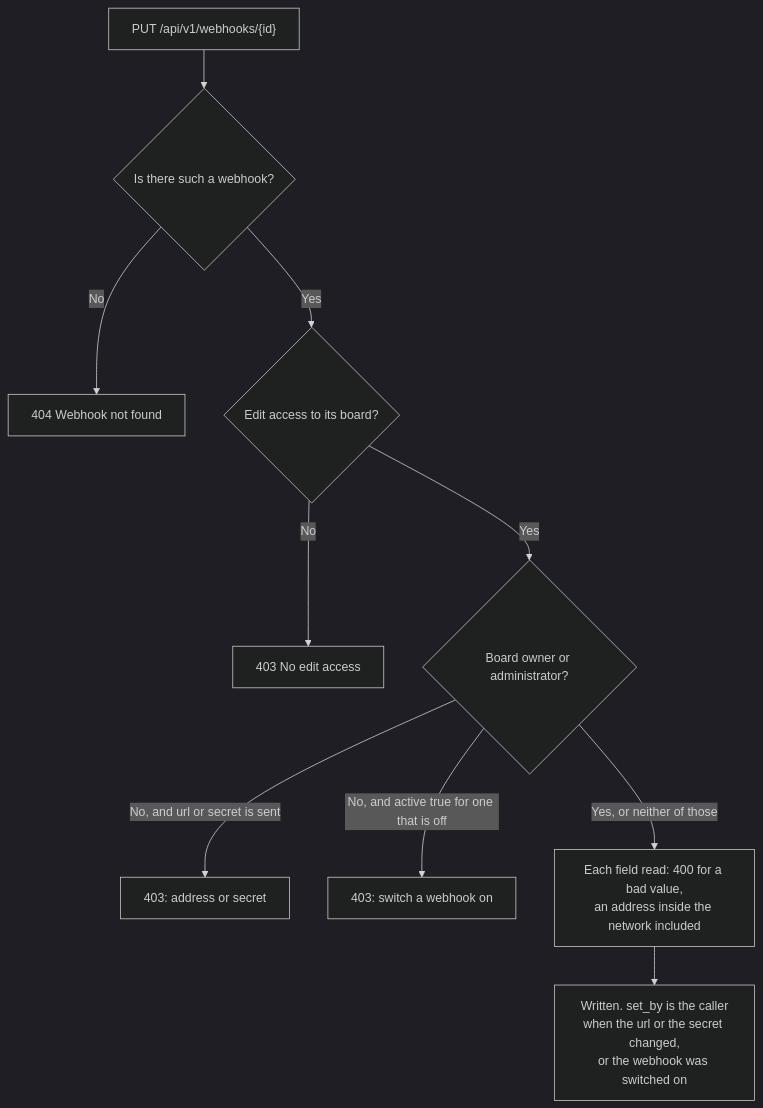
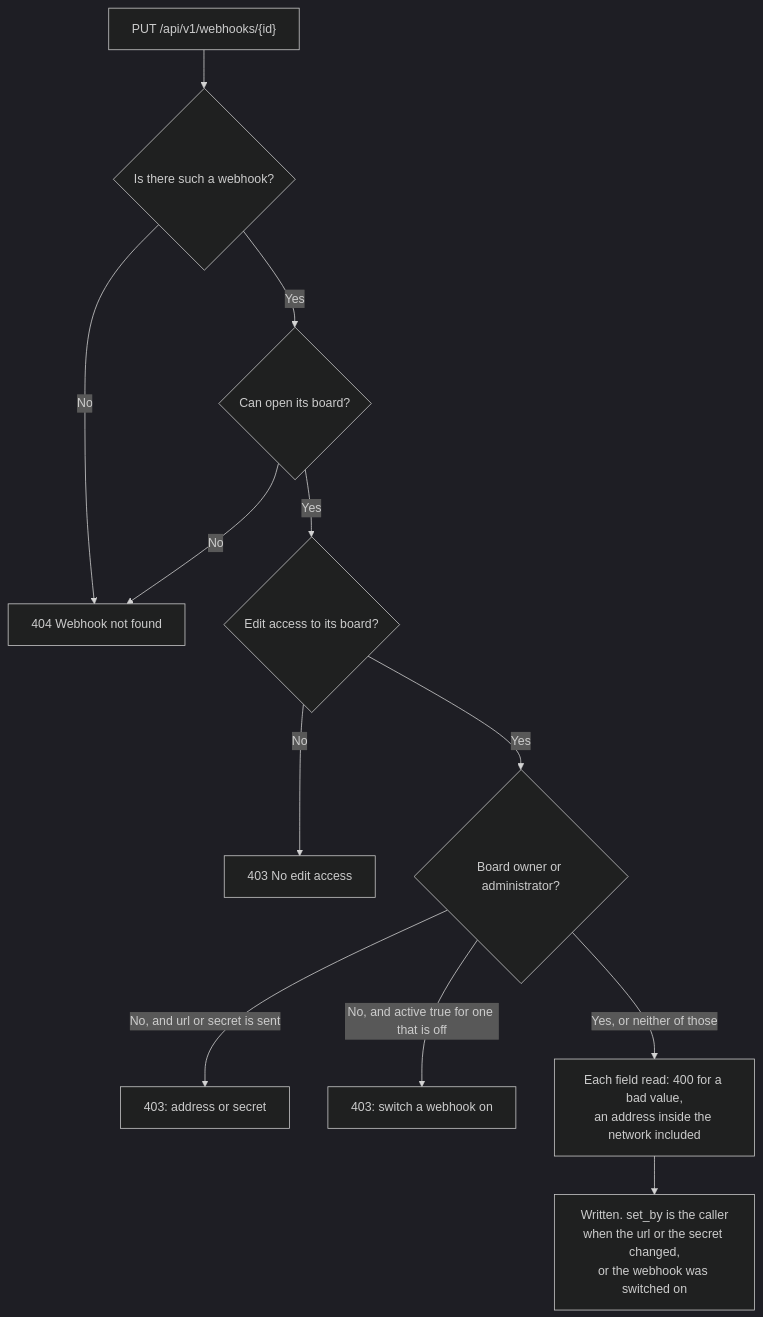
Before and after one commit to gitBoon/DumpFire: diagram 33 of 42 in docs/notifications-email.md, drawn with Mermaid (dark theme). The commit also changed other lines of this file and 78 other files, not shown here.

````diff
--- a/docs/notifications-email.md
+++ b/docs/notifications-email.md
@@ -2348,12 +2352,14 @@
 ```mermaid
 flowchart TD
     Put["PUT /api/v1/webhooks/{id}"] --> Found{"Is there such a webhook?"}
     Found -->|"No"| N404["404 Webhook not found"]
-    Found -->|"Yes"| Edit{"Edit access to its board?"}
+    Found -->|"Yes"| Opens{"Can open its board?"}
+    Opens -->|"No"| N404
+    Opens -->|"Yes"| Edit{"Edit access to its board?"}
     Edit -->|"No"| E403["403 No edit access"]
     Edit -->|"Yes"| Who{"Board owner or administrator?"}
     Who -->|"No, and url or secret is sent"| A403["403: address or secret"]
     Who -->|"No, and active true for one that is off"| S403["403: switch a webhook on"]
     Who -->|"Yes, or neither of those"| Fields["Each field read: 400 for a bad value,<br/>an address inside the network included"]
     Fields --> Write["Written. set_by is the caller<br/>when the url or the secret changed,<br/>or the webhook was switched on"]
 ```
````
